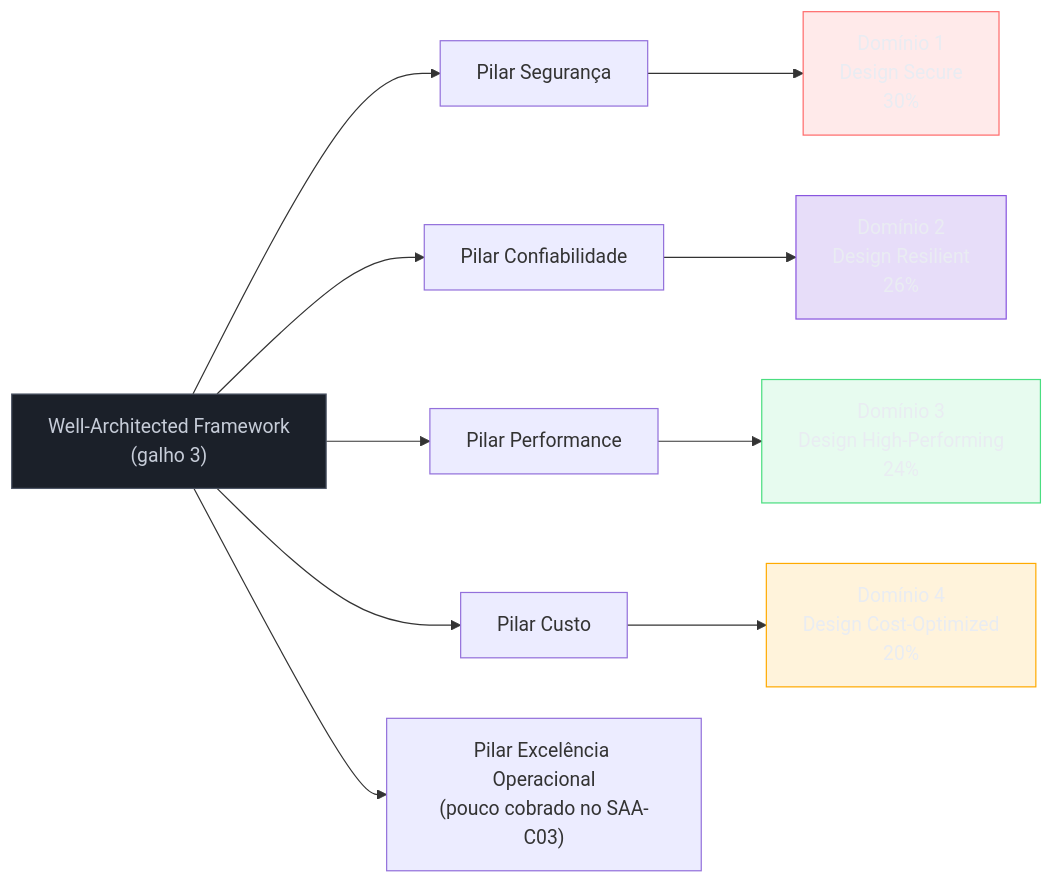
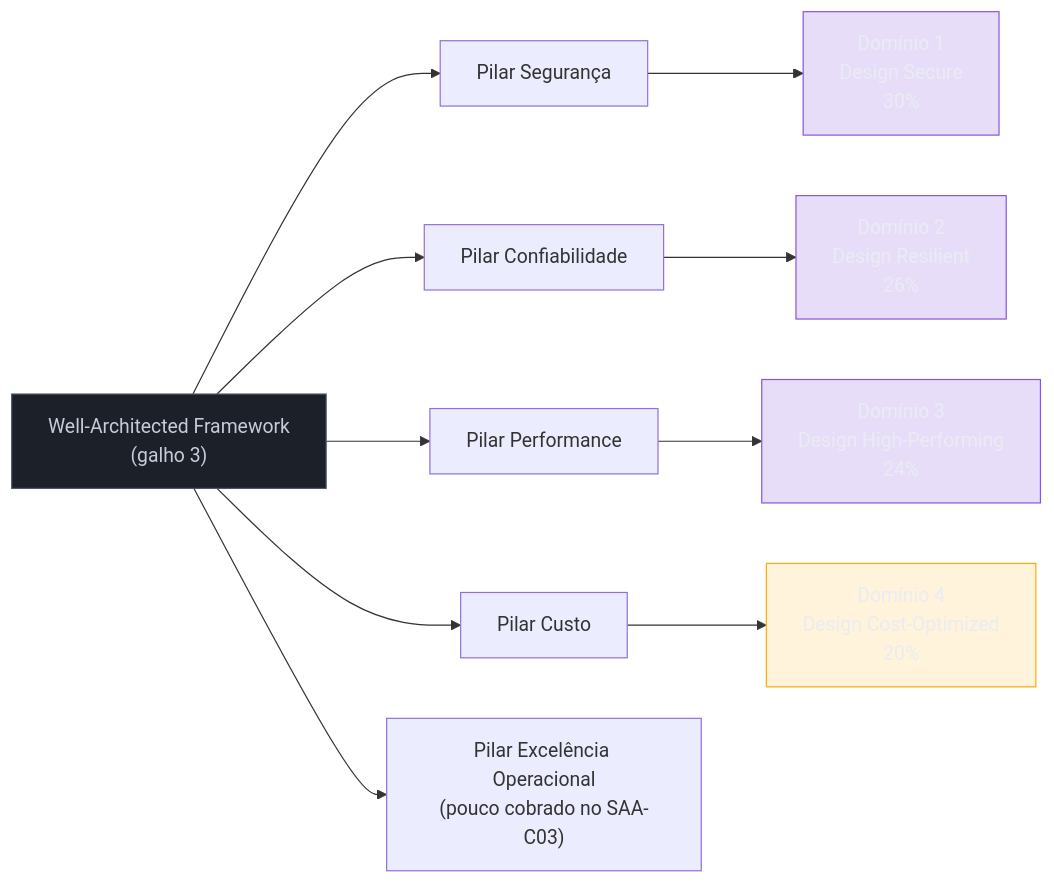
The first of 2 diagrams in 03-Dominios/Tecnologia/Cloud/24 - Certificação AWS Solutions Architect Associate/03 - Mapa da trilha ao blueprint.md (josenaldo/codex-technomanticus), drawn with Mermaid before and after one commit. The commit also changed other lines of this file and 601 other files, not shown here.

````diff
--- a/03-Dominios/Tecnologia/Cloud/24 - Certificação AWS Solutions Architect Associate/03 - Mapa da trilha ao blueprint.md
+++ b/03-Dominios/Tecnologia/Cloud/24 - Certificação AWS Solutions Architect Associate/03 - Mapa da trilha ao blueprint.md
@@ -33,25 +33,23 @@
 ```mermaid
 flowchart LR
     classDef neutro fill:#1B2029,stroke:#4E5666,color:#C6CCD8
-    classDef falha fill:#FF6B6B24,stroke:#FF6B6B,color:#E9ECF2
     classDef marca fill:#8855DF33,stroke:#8855DF,color:#E9ECF2
-    classDef ok fill:#4ADE8021,stroke:#4ADE80,color:#E9ECF2
     classDef destaque fill:#FFAA0024,stroke:#FFAA00,color:#E9ECF2
     WA["Well-Architected Framework<br/>(galho 3)"]
     WA --> S["Pilar Segurança"]
     WA --> R["Pilar Confiabilidade"]
     WA --> P["Pilar Performance"]
     WA --> C["Pilar Custo"]
     WA --> O["Pilar Excelência Operacional<br/>(pouco cobrado no SAA-C03)"]
 
     S --> D1["Domínio 1<br/>Design Secure<br/>30%"]
     R --> D2["Domínio 2<br/>Design Resilient<br/>26%"]
     P --> D3["Domínio 3<br/>Design High-Performing<br/>24%"]
     C --> D4["Domínio 4<br/>Design Cost-Optimized<br/>20%"]
 
     class WA neutro
-    class D1 falha
+    class D1 marca
     class D2 marca
-    class D3 ok
+    class D3 marca
     class D4 destaque
 ```
````
